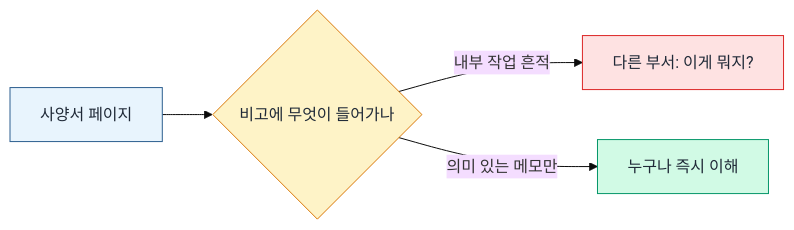
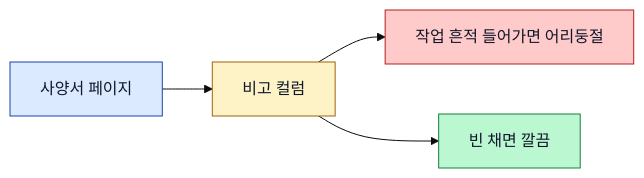
The sixth of 7 diagrams in content/diary/c/1.md (linisia/eric-company), drawn with Mermaid (base theme) before and after one commit. The commit also changed other lines of this file, not shown here.

````diff
--- a/content/diary/c/1.md
+++ b/content/diary/c/1.md
@@ -142,10 +158,10 @@
 ```mermaid
 flowchart LR
-    A["사양서 페이지"] --> B{"비고에 무엇이 들어가나"}
-    B -->|"내부 작업 흔적"| C["다른 부서: 이게 뭐지?"]
-    B -->|"의미 있는 메모만"| D["누구나 즉시 이해"]
-    style A fill:#e8f4fd,stroke:#2c5e8f,color:#1f2937
-    style B fill:#fef3c7,stroke:#d97706,color:#1f2937
-    style C fill:#fee2e2,stroke:#dc2626,color:#1f2937
-    style D fill:#d1fae5,stroke:#059669,color:#1f2937
+    A[사양서 페이지] --> B[비고 컬럼]
+    B --> C[작업 흔적 들어가면 어리둥절]
+    B --> D[빈 채면 깔끔]
+    style A fill:#dbeafe,stroke:#1e40af,color:#0f172a
+    style B fill:#fef3c7,stroke:#a16207,color:#0f172a
+    style C fill:#fecaca,stroke:#b91c1c,color:#0f172a
+    style D fill:#bbf7d0,stroke:#15803d,color:#0f172a
 ```
````
